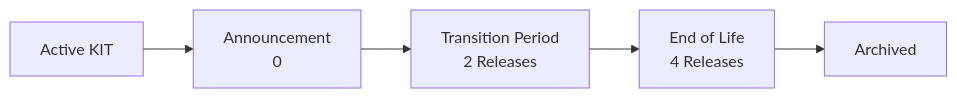
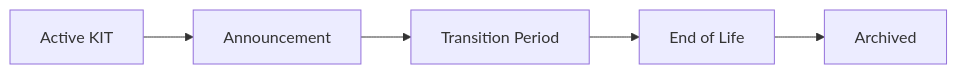
The second of 2 diagrams in documentation/kit-lifecycle.mdx (eclipse-tractusx/eclipse-tractusx.github.io), drawn with Mermaid before and after one commit. The commit also changed 4 other files, not shown here.

````diff
--- a/documentation/kit-lifecycle.mdx
+++ b/documentation/kit-lifecycle.mdx
@@ -544,8 +544,8 @@
 ```mermaid
 graph LR
-    A[Active KIT] --> B[Announcement<br/>0]
-    B --> C[Transition Period<br/>2 Releases]
-    C --> D[End of Life<br/>4 Releases]
+    A[Active KIT] --> B[Announcement]
+    B --> C[Transition Period]
+    C --> D[End of Life]
     D --> E[Archived]
 
 ```
````
